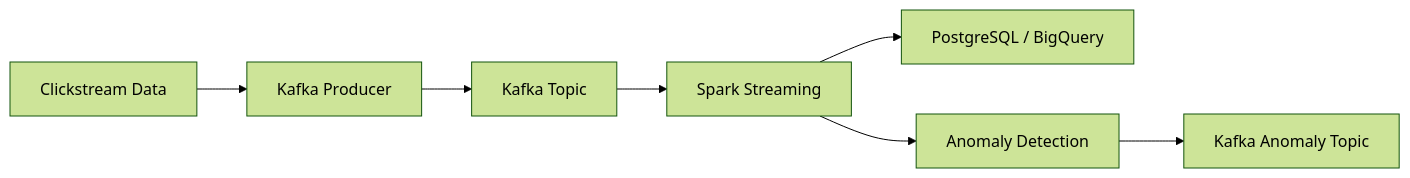
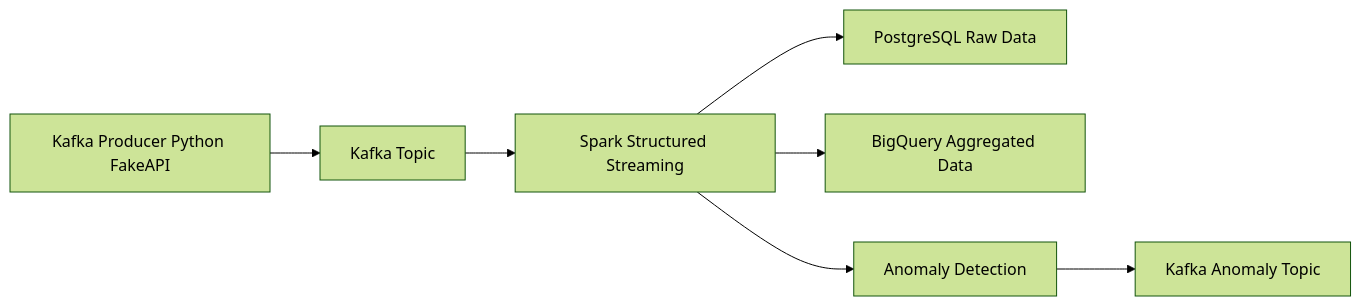
The diagram in README.md (aryanisation/Kafka-Clickstream), drawn with Mermaid (forest theme) before and after one commit. The commit also changed other lines of this file, not shown here.

````diff
--- a/README.md
+++ b/README.md
@@ -22,9 +26,10 @@
 ```mermaid
 graph LR;
-    A[Clickstream Data] --> B[Kafka Producer];
-    B --> C[Kafka Topic];
-    C --> D[Spark Streaming];
-    D --> E[PostgreSQL / BigQuery];
-    D --> F[Anomaly Detection];
+    A[Kafka Producer Python FakeAPI] --> B[Kafka Topic];
+    B --> C[Spark Structured Streaming];
+    C --> D[PostgreSQL Raw Data];
+    C --> E[BigQuery Aggregated Data];
+    C --> F[Anomaly Detection];
     F --> G[Kafka Anomaly Topic];
+
 ```
````
